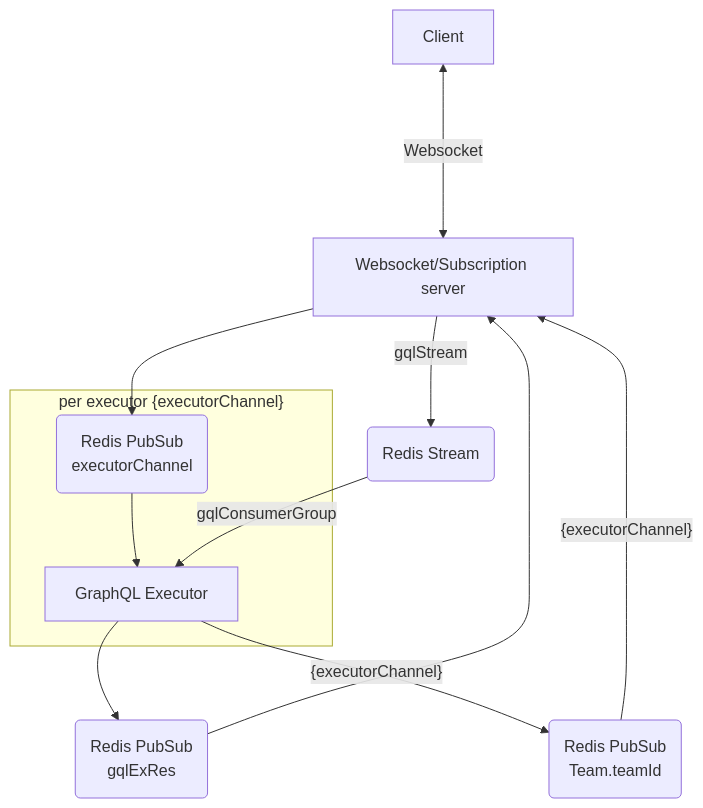
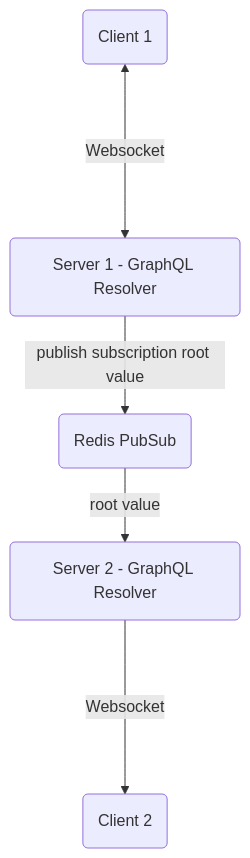
The first of 2 diagrams in docs/serviceDiagram.md (ParabolInc/parabol), drawn with Mermaid before and after one commit. The commit also changed other lines of this file, not shown here.

Commit message:
chore: Update service diagram

````diff
--- a/docs/serviceDiagram.md
+++ b/docs/serviceDiagram.md
@@ -9,23 +9,15 @@
 ```mermaid
 flowchart TD
-  Client
-  Server[Websocket/Subscription server]
-  RedisStream(Redis Stream)
-  RedisResultPubSub(Redis PubSub\ngqlExRes)
-  RedisSubscriptionPubSub(Redis PubSub\nTeam.teamId)
-  subgraph "per executor {executorChannel}"
-    GQLExecutor[GraphQL Executor]
-    RedisServerPubSub(Redis PubSub\nexecutorChannel)
-    RedisServerPubSub --> GQLExecutor
-  end
+  Client1(Client 1)
+  Client2(Client 2)
+  Server1(Server 1 - GraphQL Resolver)
+  Server2(Server 2 - GraphQL Resolver)
+  RedisSubscriptionPubSub(Redis PubSub)
 
-  click Server "../packages/server/server.ts"
+  click Server1 "../packages/server/server.ts"
 
-  Client <---->|Websocket| Server
-  Server -->|gqlStream| RedisStream -->|gqlConsumerGroup| GQLExecutor
-  GQLExecutor --> RedisResultPubSub
-  GQLExecutor --> |"{executorChannel}"| RedisSubscriptionPubSub
-  RedisSubscriptionPubSub --> |"{executorChannel}"|Server
-  Server --> RedisServerPubSub
-  RedisResultPubSub --> Server
+  Client1 <---->|Websocket| Server1
+  Server1 -->|publish subscription root value| RedisSubscriptionPubSub
+  RedisSubscriptionPubSub -->|root value| Server2
+  Server2 ---->|Websocket| Client2
 ```
````
